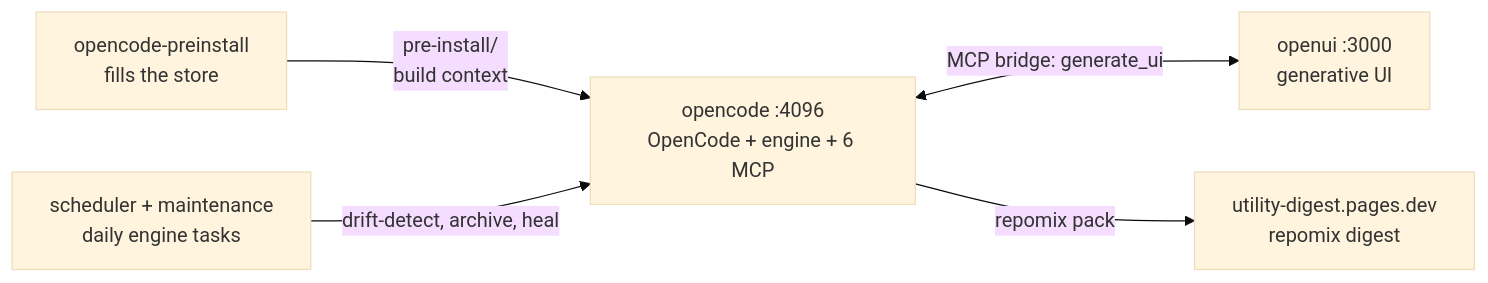
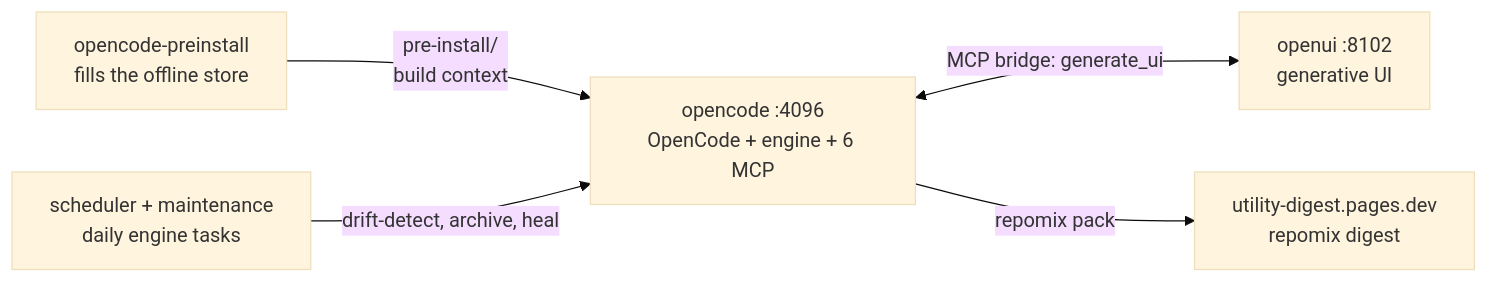
One commit to RizkiRachman/utility changed the diagram in README.md. Above: the diagram before and after it, drawn with Mermaid (base theme). The commit also changed other lines of this file and 11 other files, not shown here.

First line of the commit message:
fix(engine): production-readiness P0 - live model providers, enforced gates, GRAPHIFY removal, docs truth (#1)

````diff
--- a/README.md
+++ b/README.md
@@ -174,12 +32,12 @@
 ```mermaid
 flowchart LR
     OC["opencode :4096<br/>OpenCode + engine + 6 MCP"]
-    UI["openui :3000<br/>generative UI"]
-    PRE["opencode-preinstall<br/>fills the store"]
+    UI["openui :8102<br/>generative UI"]
+    PRE["opencode-preinstall<br/>fills the offline store"]
     SCH["scheduler + maintenance<br/>daily engine tasks"]
     PAGES["utility-digest.pages.dev<br/>repomix digest"]
     OC <-->|"MCP bridge: generate_ui"| UI
     PRE -->|"pre-install/<br/>build context"| OC
     SCH -->|"drift-detect, archive, heal"| OC
     OC -->|"repomix pack"| PAGES
 ```
````
